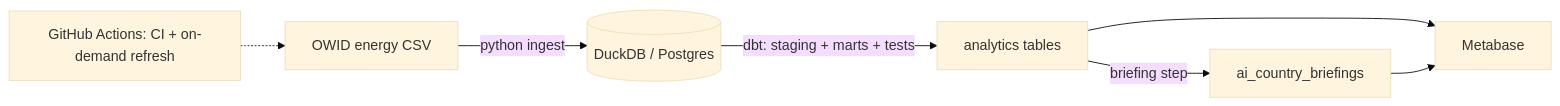
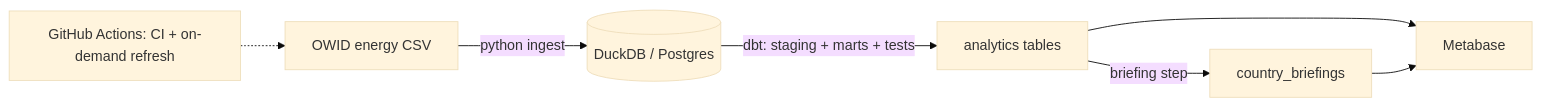
One commit to anjolok1997/energy-analytics-pipeline changed the diagram in README.md. Above: the diagram before and after it, drawn with Mermaid (base theme). The commit also changed other lines of this file and 7 other files, not shown here.

First line of the commit message:
drop the "ai" naming for the briefing step

````diff
--- a/README.md
+++ b/README.md
@@ -21,9 +21,9 @@
 ```mermaid
 flowchart LR
     A[OWID energy CSV] -->|python ingest| B[(DuckDB / Postgres)]
     B -->|dbt: staging + marts + tests| C[analytics tables]
-    C -->|briefing step| D[ai_country_briefings]
+    C -->|briefing step| D[country_briefings]
     C --> E[Metabase]
     D --> E
     F[GitHub Actions: CI + on-demand refresh] -.-> A
 ```
````
